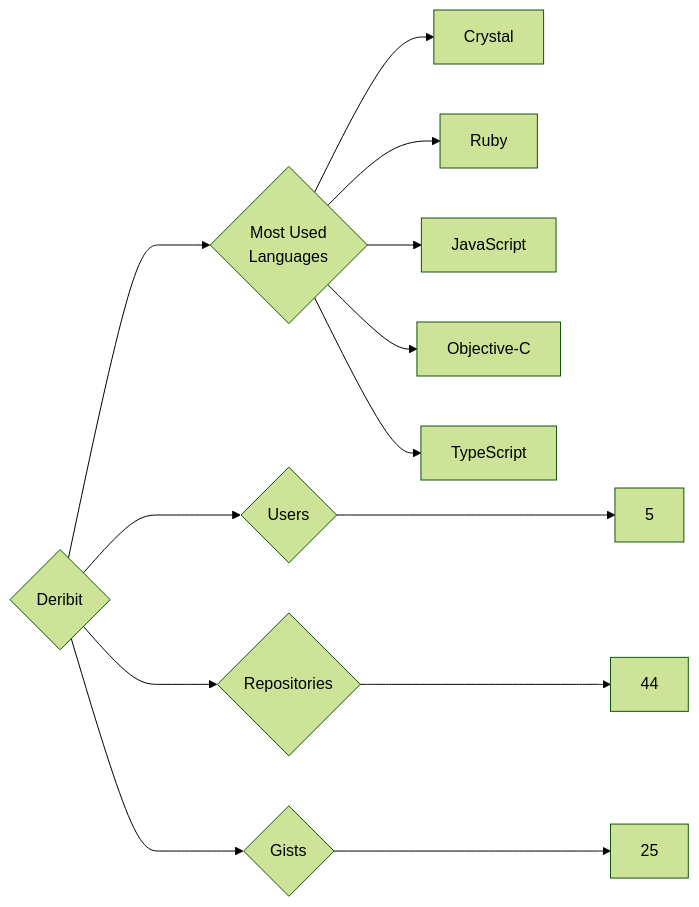
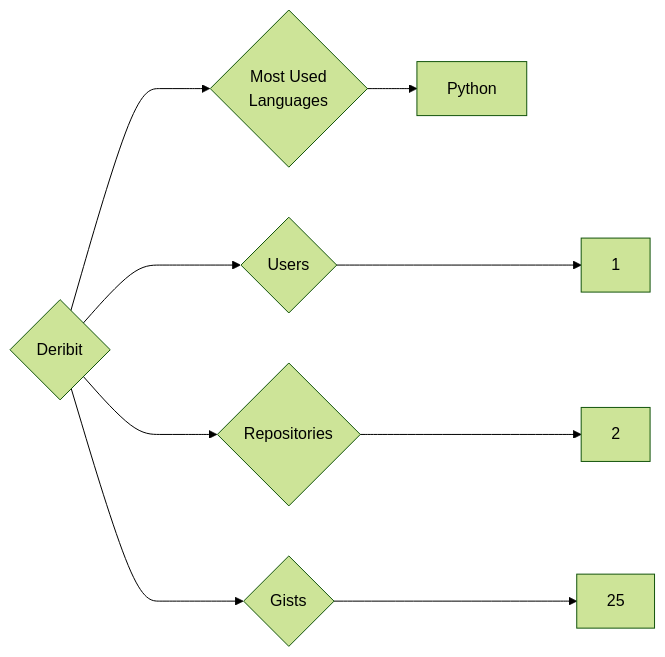
One commit to trickest/insiders changed the diagram in targets/Deribit/README.md. Above: the diagram before and after it, drawn with Mermaid (forest theme). The commit also changed 924 other files, not shown here.

````diff
--- a/targets/Deribit/README.md
+++ b/targets/Deribit/README.md
@@ -3,13 +3,9 @@
 ```mermaid
 graph LR
 COMPANY_NAME{Deribit}
-COMPANY_NAME ---> U{Users} ---> UN[5]
-COMPANY_NAME ---> R{Repositories} ---> RN[44]
+COMPANY_NAME ---> U{Users} ---> UN[1]
+COMPANY_NAME ---> R{Repositories} ---> RN[2]
 COMPANY_NAME ---> G{Gists} ---> GN[25]
 COMPANY_NAME ---> ML{Most Used<br>Languages}
-ML --> Crystal[Crystal]
-ML --> Ruby[Ruby]
-ML --> JavaScript[JavaScript]
-ML --> Objective-C[Objective-C]
-ML --> TypeScript[TypeScript]
+ML --> Python[Python]
 ```
````
